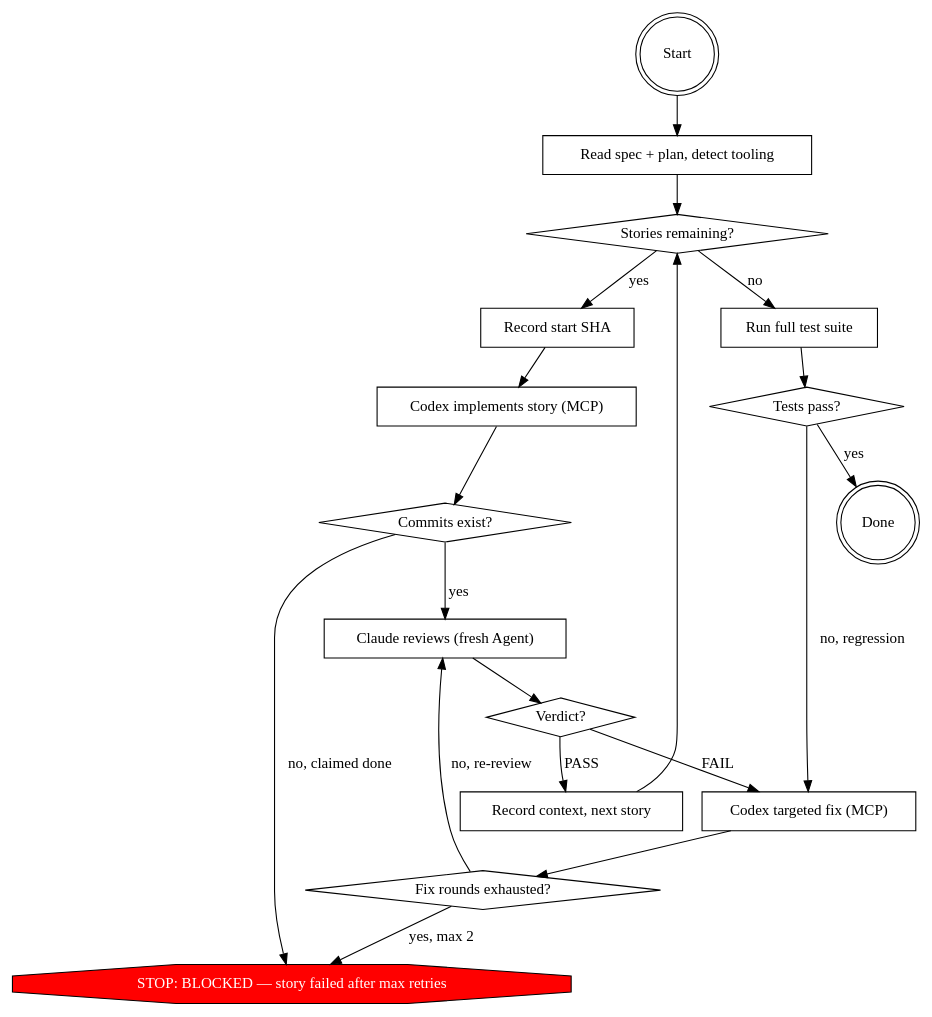
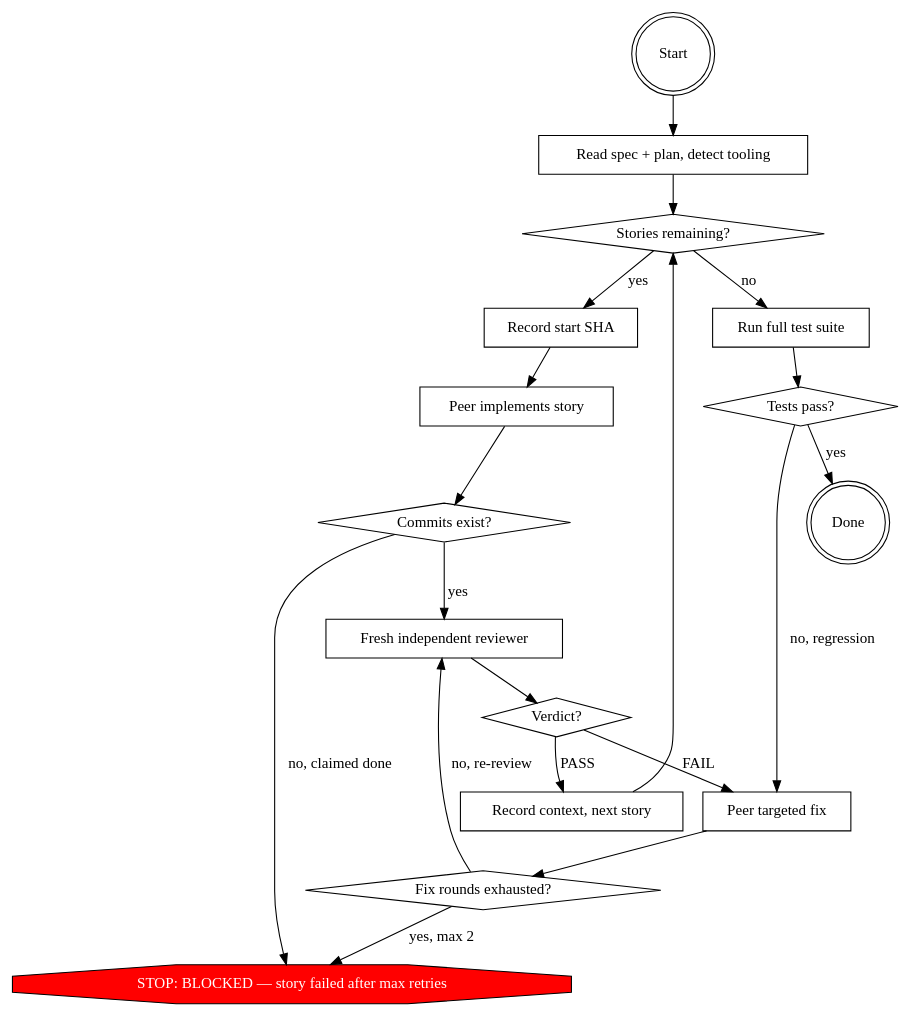
One commit to tryship/ship changed the diagram in skills/dev/SKILL.md. Above: the diagram before and after it, drawn with Graphviz. The commit also changed other lines of this file and 16 other files, not shown here.

````diff
--- a/skills/dev/SKILL.md
+++ b/skills/dev/SKILL.md
@@ -59,40 +74,40 @@
 ```dot
 digraph implement {
     rankdir=TB;
 
     "Start" [shape=doublecircle];
     "Read spec + plan, detect tooling" [shape=box];
     "Stories remaining?" [shape=diamond];
     "Record start SHA" [shape=box];
-    "Codex implements story (MCP)" [shape=box];
+    "Peer implements story" [shape=box];
     "Commits exist?" [shape=diamond];
-    "Claude reviews (fresh Agent)" [shape=box];
+    "Fresh independent reviewer" [shape=box];
     "Verdict?" [shape=diamond];
     "Record context, next story" [shape=box];
-    "Codex targeted fix (MCP)" [shape=box];
+    "Peer targeted fix" [shape=box];
     "Fix rounds exhausted?" [shape=diamond];
     "Run full test suite" [shape=box];
     "Tests pass?" [shape=diamond];
     "STOP: BLOCKED — story failed after max retries" [shape=octagon, style=filled, fillcolor=red, fontcolor=white];
     "Done" [shape=doublecircle];
 
     "Start" -> "Read spec + plan, detect tooling";
     "Read spec + plan, detect tooling" -> "Stories remaining?";
     "Stories remaining?" -> "Record start SHA" [label="yes"];
     "Stories remaining?" -> "Run full test suite" [label="no"];
-    "Record start SHA" -> "Codex implements story (MCP)";
-    "Codex implements story (MCP)" -> "Commits exist?";
-    "Commits exist?" -> "Claude reviews (fresh Agent)" [label="yes"];
+    "Record start SHA" -> "Peer implements story";
+    "Peer implements story" -> "Commits exist?";
+    "Commits exist?" -> "Fresh independent reviewer" [label="yes"];
     "Commits exist?" -> "STOP: BLOCKED — story failed after max retries" [label="no, claimed done"];
-    "Claude reviews (fresh Agent)" -> "Verdict?";
+    "Fresh independent reviewer" -> "Verdict?";
     "Verdict?" -> "Record context, next story" [label="PASS"];
-    "Verdict?" -> "Codex targeted fix (MCP)" [label="FAIL"];
-    "Codex targeted fix (MCP)" -> "Fix rounds exhausted?";
-    "Fix rounds exhausted?" -> "Claude reviews (fresh Agent)" [label="no, re-review"];
+    "Verdict?" -> "Peer targeted fix" [label="FAIL"];
+    "Peer targeted fix" -> "Fix rounds exhausted?";
+    "Fix rounds exhausted?" -> "Fresh independent reviewer" [label="no, re-review"];
     "Fix rounds exhausted?" -> "STOP: BLOCKED — story failed after max retries" [label="yes, max 2"];
     "Record context, next story" -> "Stories remaining?";
     "Run full test suite" -> "Tests pass?";
     "Tests pass?" -> "Done" [label="yes"];
-    "Tests pass?" -> "Codex targeted fix (MCP)" [label="no, regression"];
+    "Tests pass?" -> "Peer targeted fix" [label="no, regression"];
 }
 ```
````
